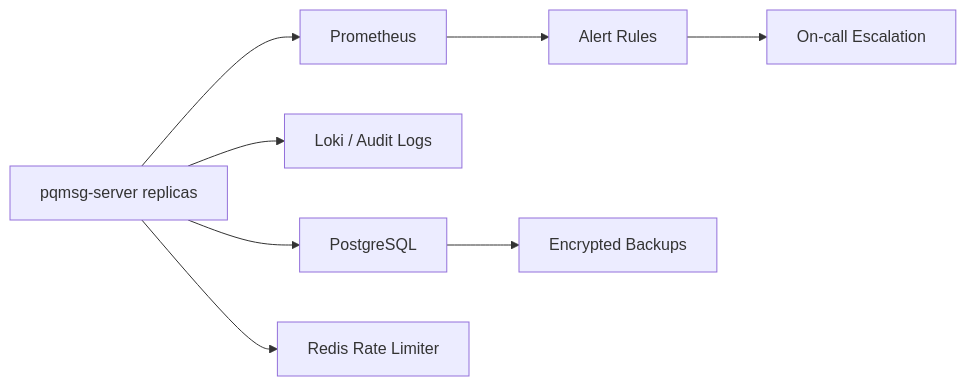
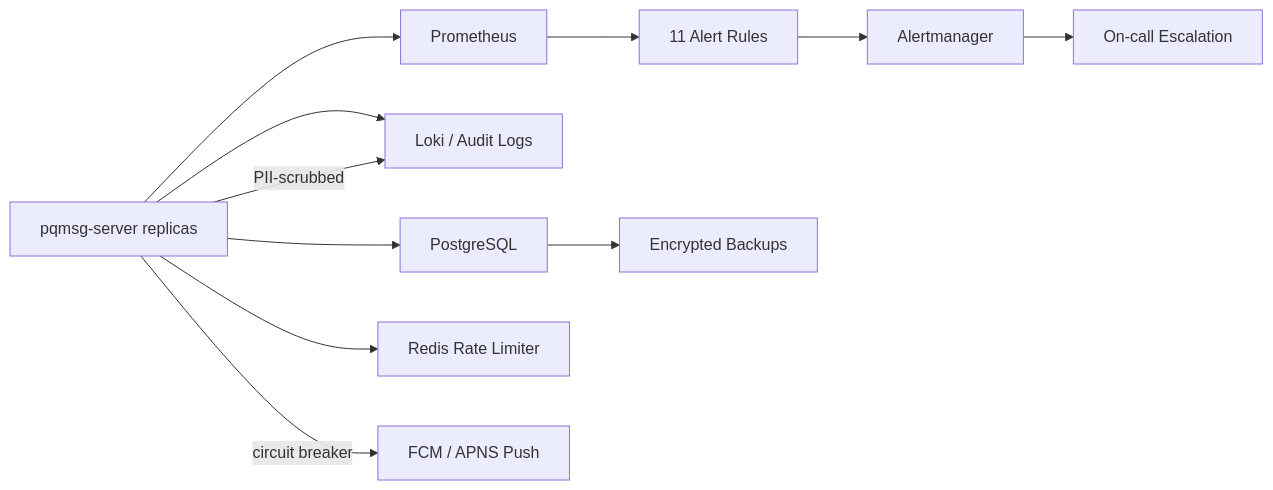
Before and after one commit to ErenAri/post-quantum-messaging-app: the diagram in docs/OPERATIONS.md, drawn with Mermaid. The commit also changed other lines of this file and 8 other files, not shown here.

````diff
--- a/docs/OPERATIONS.md
+++ b/docs/OPERATIONS.md
@@ -15,10 +15,13 @@
 ```mermaid
 flowchart LR
     A[pqmsg-server replicas] --> B[Prometheus]
     A --> C[Loki / Audit Logs]
-    B --> D[Alert Rules]
-    D --> E[On-call Escalation]
+    A -->|PII-scrubbed| C
+    B --> D[11 Alert Rules]
+    D --> AM[Alertmanager]
+    AM --> E[On-call Escalation]
     A --> F[PostgreSQL]
     A --> G[Redis Rate Limiter]
+    A -->|circuit breaker| PN[FCM / APNS Push]
     F --> H[Encrypted Backups]
 ```
````
